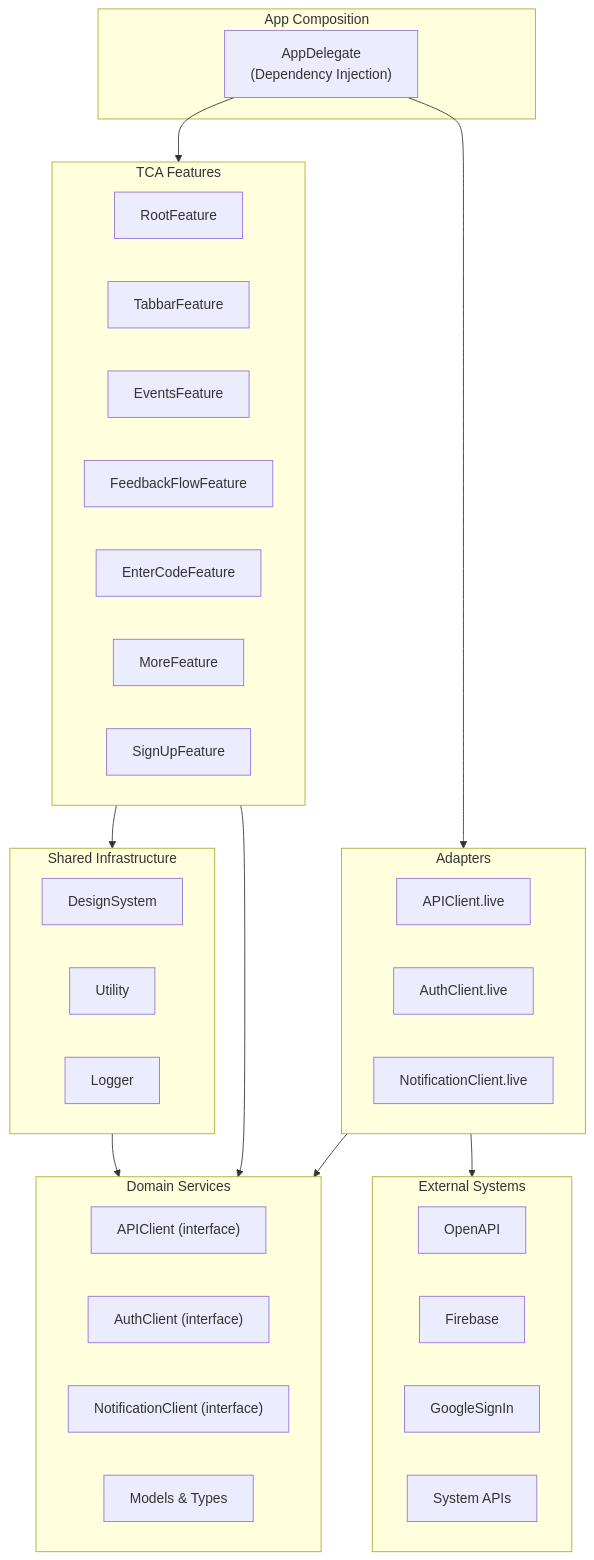
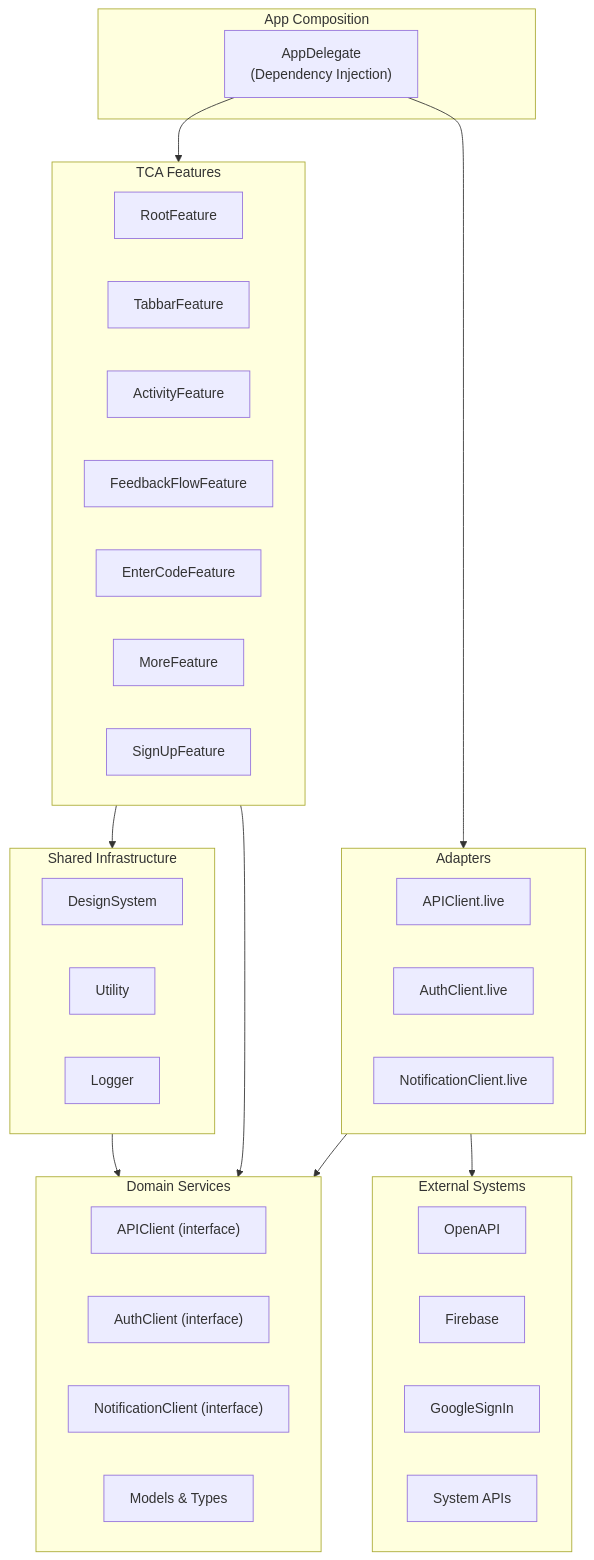
The diagram in ios-app/README.md (FeedbackFriends/feedback-monorepo), drawn with Mermaid before and after one commit. The commit also changed other lines of this file and 32 other files, not shown here.

````diff
--- a/ios-app/README.md
+++ b/ios-app/README.md
@@ -153,61 +151,61 @@
 ```mermaid
 ---
 config:
   layout: dagre
 ---
 flowchart TD
     %% TCA Features (main architectural units)
     subgraph Features[TCA Features]
         RootFeature
         TabbarFeature
-        EventsFeature
+        ActivityFeature
         FeedbackFlowFeature
         EnterCodeFeature
         MoreFeature
         SignUpFeature
     end
 
     %% Shared Infrastructure
     subgraph Infrastructure[Shared Infrastructure]
         DesignSystem
         Utility
         Logger
     end
 
     %% Domain Services (interfaces)
     subgraph Domain[Domain Services]
         APIClient["APIClient (interface)"]
         AuthClient["AuthClient (interface)"]
         NotificationClient["NotificationClient (interface)"]
         Models[Models & Types]
     end
 
     %% Adapters (implementations)
     subgraph Adapters[Adapters]
         APILive["APIClient.live"]
         AuthLive["AuthClient.live"]
         NotificationLive["NotificationClient.live"]
     end
 
     %% External Systems
     subgraph External[External Systems]
         OpenAPI
         Firebase
         GoogleSignIn
         SystemAPIs["System APIs"]
     end
 
     %% App Composition
     subgraph App[App Composition]
         AppDelegate["AppDelegate\n(Dependency Injection)"]
     end
 
     %% Dependencies
     Features --> Infrastructure
     Features --> Domain
     AppDelegate --> Features
     AppDelegate --> Adapters
     Adapters --> Domain
     Adapters --> External
     Infrastructure --> Domain
 ```
````
